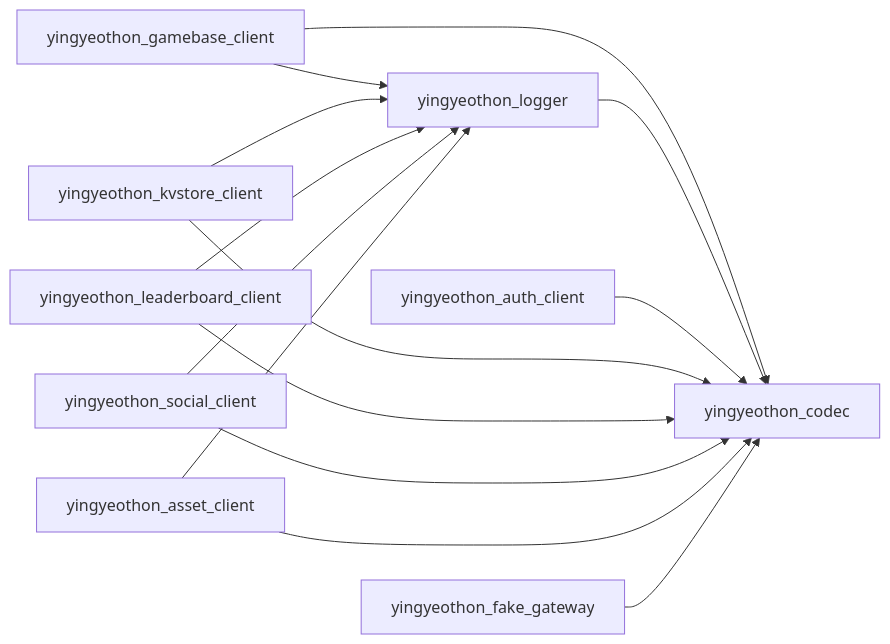
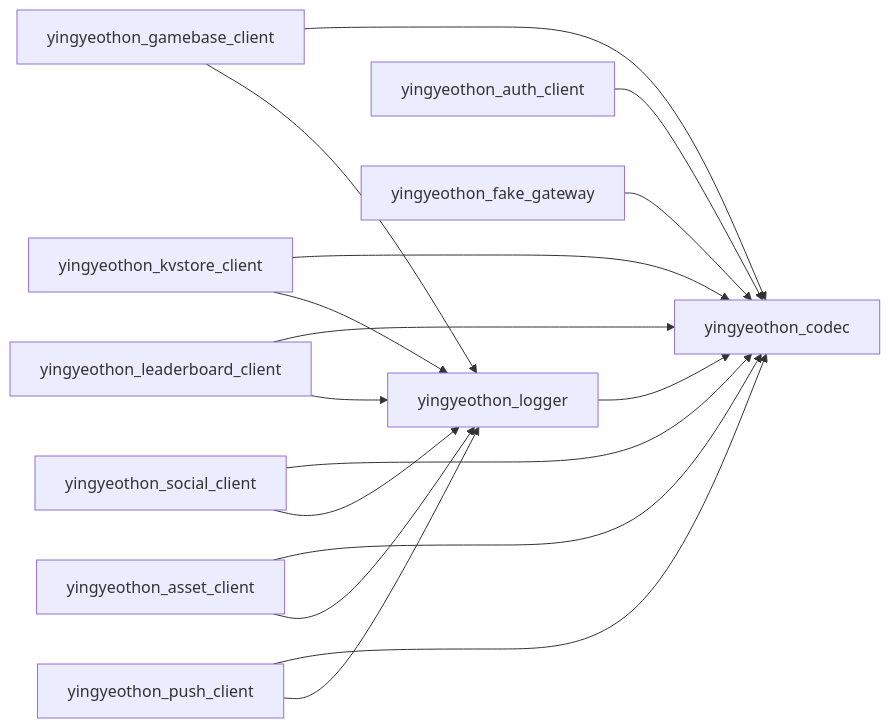
Before and after one commit to yingyeothon/flutterlib: the diagram in README.md, drawn with Mermaid. The commit also changed other lines of this file and 39 other files, not shown here.

````diff
--- a/README.md
+++ b/README.md
@@ -66,16 +67,18 @@
 ```mermaid
 graph LR
   yingyeothon_gamebase_client --> yingyeothon_codec
   yingyeothon_gamebase_client --> yingyeothon_logger
   yingyeothon_logger --> yingyeothon_codec
   yingyeothon_auth_client --> yingyeothon_codec
   yingyeothon_kvstore_client --> yingyeothon_codec
   yingyeothon_kvstore_client --> yingyeothon_logger
   yingyeothon_leaderboard_client --> yingyeothon_codec
   yingyeothon_leaderboard_client --> yingyeothon_logger
   yingyeothon_social_client --> yingyeothon_codec
   yingyeothon_social_client --> yingyeothon_logger
   yingyeothon_asset_client --> yingyeothon_codec
   yingyeothon_asset_client --> yingyeothon_logger
+  yingyeothon_push_client --> yingyeothon_codec
+  yingyeothon_push_client --> yingyeothon_logger
   yingyeothon_fake_gateway --> yingyeothon_codec
 ```
````
